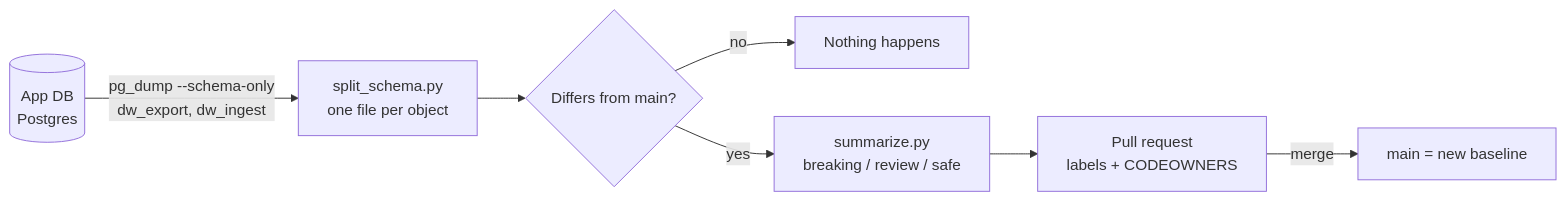
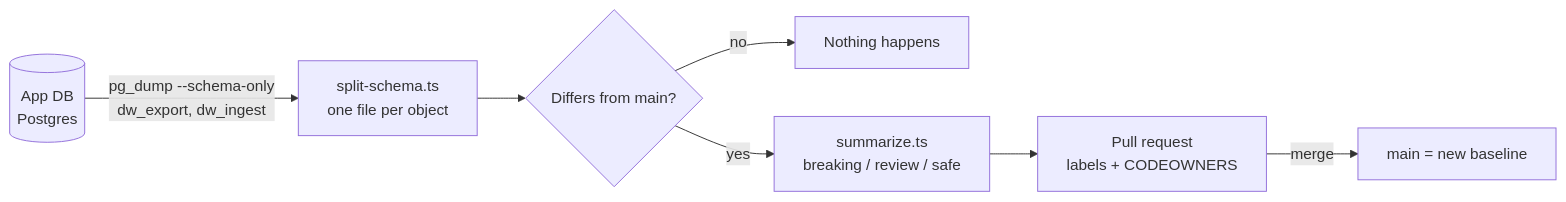
Before and after one commit to akivastr/app-dw-contracts: the diagram in README.md, drawn with Mermaid. The commit also changed other lines of this file and 14 other files, not shown here.

````diff
--- a/README.md
+++ b/README.md
@@ -34,9 +34,9 @@
 ```mermaid
 flowchart LR
-    DB[(App DB<br/>Postgres)] -->|pg_dump --schema-only<br/>dw_export, dw_ingest| S[split_schema.py<br/>one file per object]
+    DB[(App DB<br/>Postgres)] -->|pg_dump --schema-only<br/>dw_export, dw_ingest| S[split-schema.ts<br/>one file per object]
     S --> D{Differs from main?}
     D -- no --> N[Nothing happens]
-    D -- yes --> C[summarize.py<br/>breaking / review / safe]
+    D -- yes --> C[summarize.ts<br/>breaking / review / safe]
     C --> PR[Pull request<br/>labels + CODEOWNERS]
     PR -->|merge| M[main = new baseline]
 ```
````
